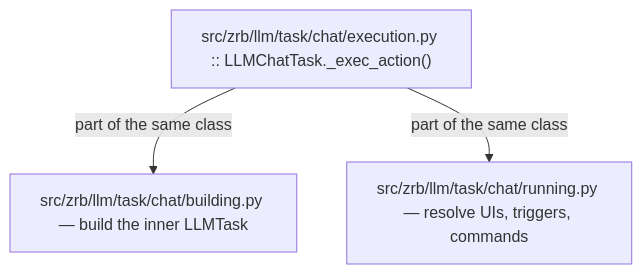
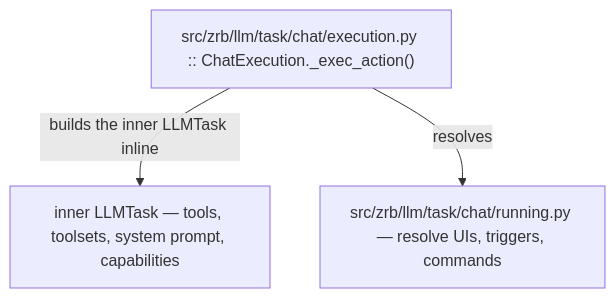
Before and after one commit to state-alchemists/zrb: the third of 7 diagrams in docs/advanced-topics/llm-chat-lifecycle.md, drawn with Mermaid. The commit also changed other lines of this file and 65 other files, not shown here.

````diff
--- a/docs/advanced-topics/llm-chat-lifecycle.md
+++ b/docs/advanced-topics/llm-chat-lifecycle.md
@@ -55,6 +55,6 @@
 ```mermaid
 flowchart TD
-    Exec["src/zrb/llm/task/chat/execution.py :: LLMChatTask._exec_action()"]
-    Exec -->|part of the same class| Build["src/zrb/llm/task/chat/building.py — build the inner LLMTask"]
-    Exec -->|part of the same class| Running["src/zrb/llm/task/chat/running.py — resolve UIs, triggers, commands"]
+    Exec["src/zrb/llm/task/chat/execution.py :: ChatExecution._exec_action()"]
+    Exec -->|builds the inner LLMTask inline| Build["inner LLMTask — tools, toolsets, system prompt, capabilities"]
+    Exec -->|resolves| Running["src/zrb/llm/task/chat/running.py — resolve UIs, triggers, commands"]
 ```
````
